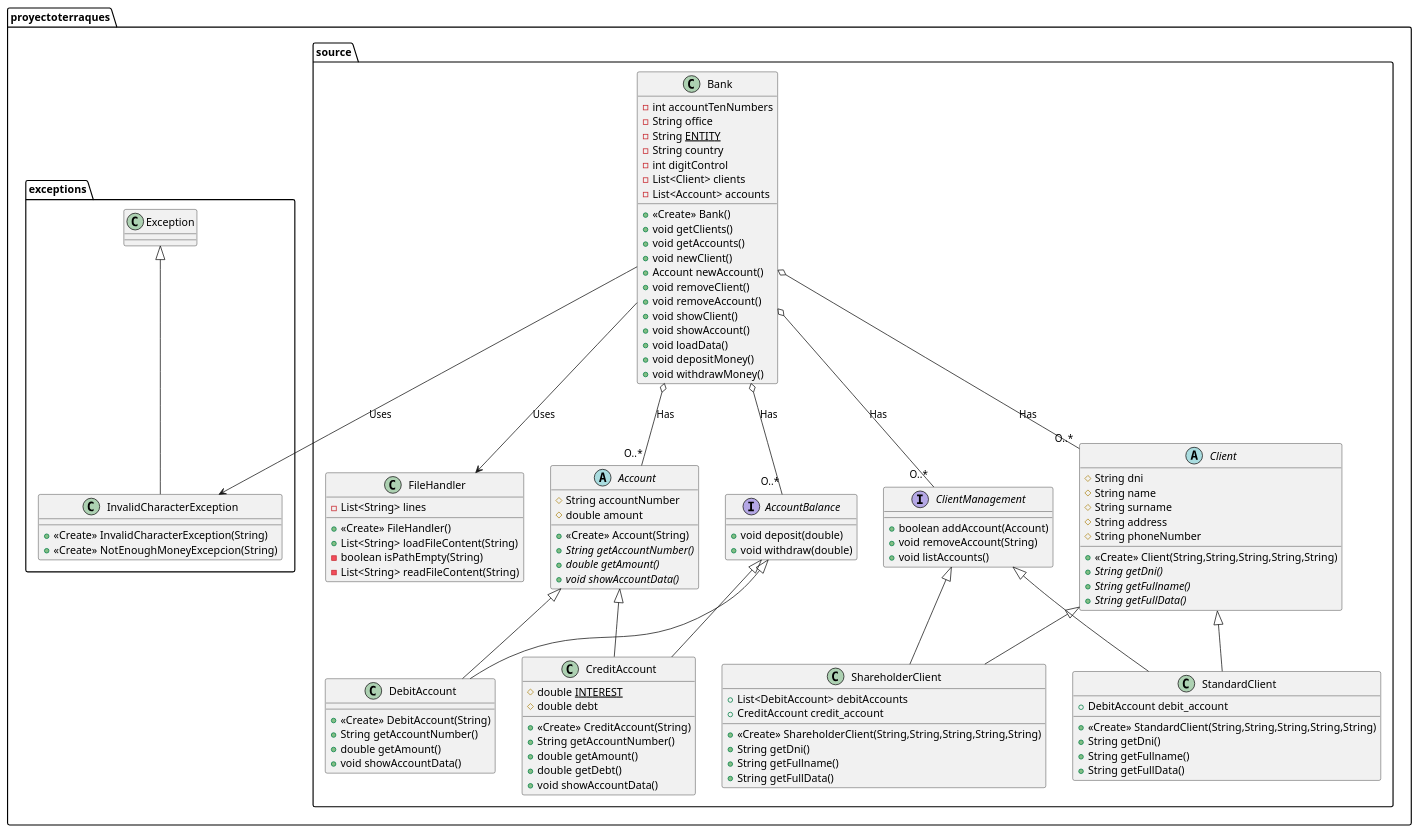
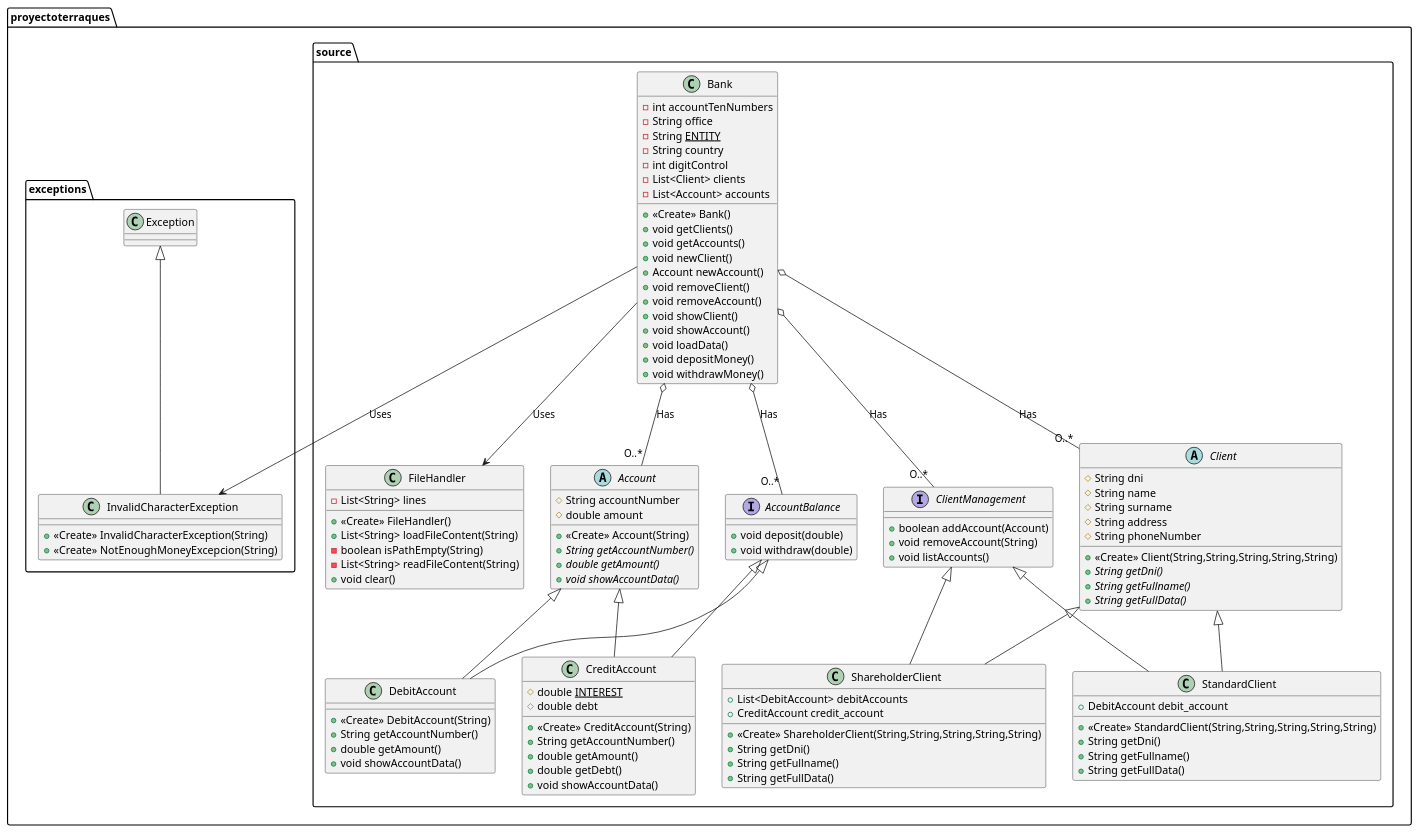
One commit to eabol/awesome-projects-prograii changed the diagram in proyectoTerraques/src/proyectoterraques/docs/diagram.puml. Above: the diagram before and after it, drawn with PlantUML. The commit also changed 19 other files, not shown here.

```diff
--- a/proyectoTerraques/src/proyectoterraques/docs/diagram.puml
+++ b/proyectoTerraques/src/proyectoterraques/docs/diagram.puml
@@ -1,137 +1,138 @@
 @startuml
 
 
 class proyectoterraques.source.Bank {
 - int accountTenNumbers
 - String office
 - String <u>ENTITY</u>
 - String country
 - int digitControl
 - List<Client> clients
 - List<Account> accounts
 + <<Create>> Bank()
 + void getClients()
 + void getAccounts()
 + void newClient()
 + Account newAccount()
 + void removeClient()
 + void removeAccount()
 + void showClient()
 + void showAccount()
 + void loadData()
 + void depositMoney()
 + void withdrawMoney()
 
 }
 
 abstract class proyectoterraques.source.Client {
 # String dni
 # String name
 # String surname
 # String address
 # String phoneNumber
 + <<Create>> Client(String,String,String,String,String)
 + {abstract}String getDni()
 + {abstract}String getFullname()
 + {abstract}String getFullData()
 }
 
 class proyectoterraques.source.ShareholderClient {
 + <<Create>> ShareholderClient(String,String,String,String,String)
 + String getDni()
 + String getFullname()
 + String getFullData()
 + List<DebitAccount> debitAccounts
 + CreditAccount credit_account
 }
 
 class proyectoterraques.source.StandardClient {
 + <<Create>> StandardClient(String,String,String,String,String)
 + String getDni()
 + String getFullname()
 + String getFullData()
 + DebitAccount debit_account
 }
 
 abstract class proyectoterraques.source.Account {
 #  String accountNumber
 #  double amount
 + <<Create>> Account(String)
 + {abstract} String getAccountNumber()
 + {abstract} double getAmount()
 + {abstract} void showAccountData()
 
 }
 
 interface proyectoterraques.source.AccountBalance {
 + void deposit(double)
 + void withdraw(double)
 
 
 }
 
 interface proyectoterraques.source.ClientManagement {
 +boolean addAccount(Account)
 +void removeAccount(String)
 +void listAccounts()
 
 }
 
 class proyectoterraques.source.DebitAccount {
 + <<Create>> DebitAccount(String)
 + String getAccountNumber()
 + double getAmount()
 + void showAccountData()
 
 
 }
 
 class proyectoterraques.source.CreditAccount {
 # double <u>INTEREST</u>
 # double debt
 + <<Create>> CreditAccount(String)
 + String getAccountNumber()
 + double getAmount()
 + double getDebt()
 + void showAccountData()
 
 
 }
 
 class proyectoterraques.source.FileHandler {
 - List<String> lines
 + <<Create>> FileHandler()
 + List<String> loadFileContent(String)
 - boolean isPathEmpty(String)
 - List<String> readFileContent(String)
++ void clear()
 }
 
 class proyectoterraques.exceptions.Exception{
 
 }
 
 
 
 class proyectoterraques.exceptions.InvalidCharacterException{
 + <<Create>> InvalidCharacterException(String)
 + <<Create>> NotEnoughMoneyExcepcion(String)
 
 
 }
 
 proyectoterraques.source.Bank o-- "O..*" proyectoterraques.source.Account : Has
 proyectoterraques.source.Bank o-- "O..*" proyectoterraques.source.Client : Has
 proyectoterraques.source.Bank o-- "O..*" proyectoterraques.source.AccountBalance : Has
 proyectoterraques.source.Bank o-- "O..*" proyectoterraques.source.ClientManagement : Has
 proyectoterraques.source.Client <|-- proyectoterraques.source.ShareholderClient
 proyectoterraques.source.ClientManagement <|-- proyectoterraques.source.ShareholderClient
 proyectoterraques.source.Account <|-- proyectoterraques.source.DebitAccount
 proyectoterraques.source.AccountBalance <|-- proyectoterraques.source.DebitAccount
 proyectoterraques.source.Client <|-- proyectoterraques.source.StandardClient
 proyectoterraques.source.ClientManagement <|-- proyectoterraques.source.StandardClient
 proyectoterraques.source.Account <|-- proyectoterraques.source.CreditAccount
 proyectoterraques.source.AccountBalance <|-- proyectoterraques.source.CreditAccount
 proyectoterraques.source.Bank --> proyectoterraques.source.FileHandler : Uses
 proyectoterraques.source.Bank --> proyectoterraques.exceptions.InvalidCharacterException : Uses
 proyectoterraques.exceptions.Exception <|-- proyectoterraques.exceptions.InvalidCharacterException
 @enduml
```
